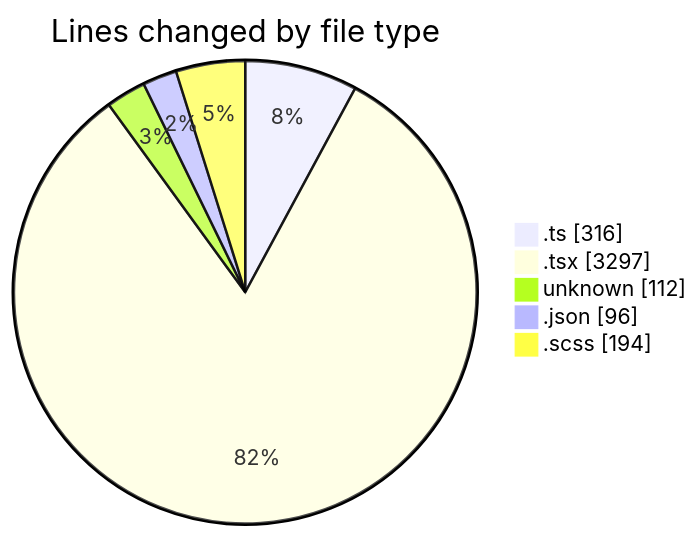
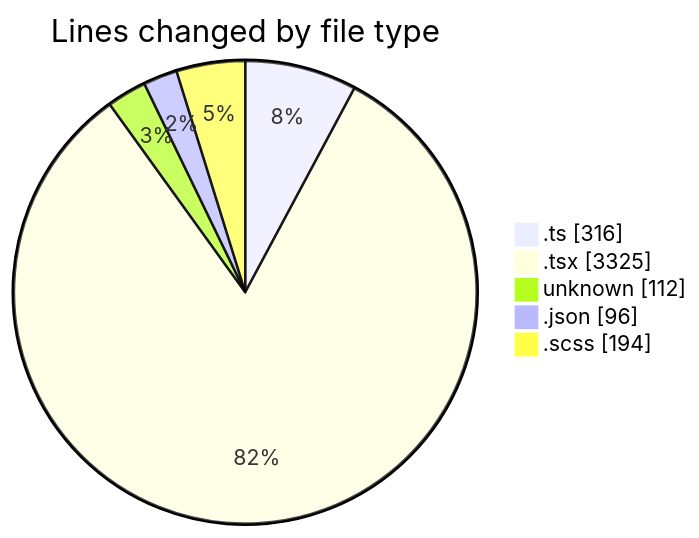
One commit to momahboobian/code-tracking changed the first of 2 diagrams in 2026-04-29/cda/README.md. Above: the diagram before and after it, drawn with Mermaid. The commit also changed other lines of this file and 1 other file, not shown here.

````diff
--- a/2026-04-29/cda/README.md
+++ b/2026-04-29/cda/README.md
@@ -52,9 +52,9 @@
 ```mermaid
 pie showData
 title Lines changed by file type
 ".ts" : 316
-".tsx" : 3297
+".tsx" : 3325
 "unknown" : 112
 ".json" : 96
 ".scss" : 194
 ```
````
